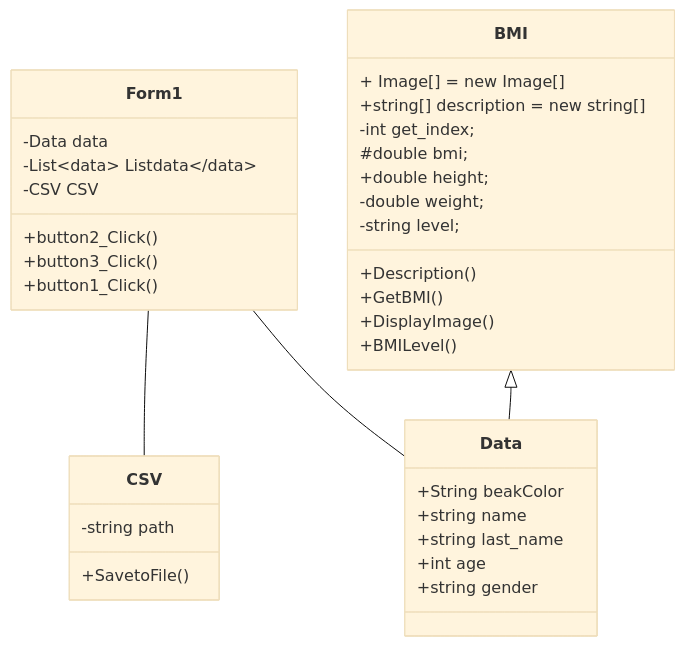
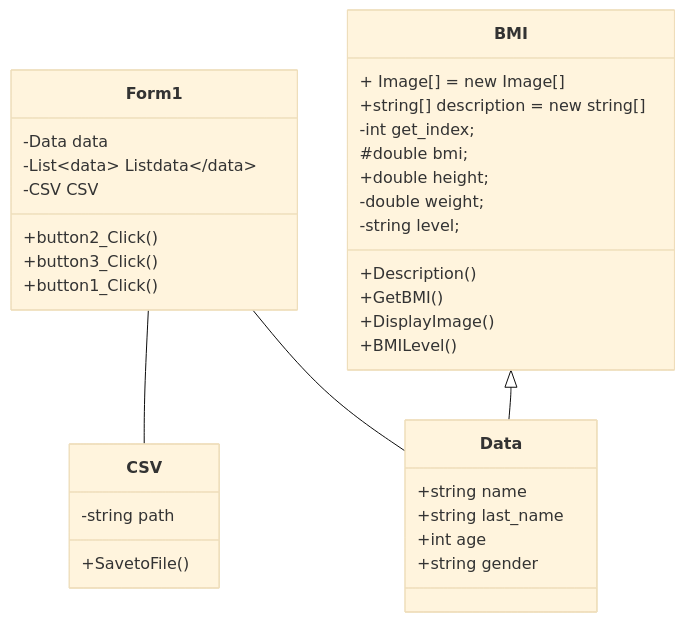
One commit to phop01/Final-Project changed the diagram in README.md. Above: the diagram before and after it, drawn with Mermaid (base theme).

````diff
--- a/README.md
+++ b/README.md
@@ -6,41 +6,40 @@
 ```mermaid
 classDiagram
     Form1 -- CSV
     Form1 -- Data
     BMI <|-- Data
     class Form1{
         -Data data
         -List<Data> Listdata
         -CSV CSV
         +button2_Click()
         +button3_Click()
         +button1_Click()
 
     }
     class Data{
-      +String beakColor
       +string name
       +string last_name
       +int age
       +string gender
     }
     class BMI{
       + Image[] = new Image[]
       +string[] description = new string[]
       -int get_index;
       #double bmi;
       +double height;
       -double weight;
       -string level;
       +Description()
       +GetBMI()
       +DisplayImage()
       +BMILevel()
 
     }
     class CSV{
       -string path
       +SavetoFile()
       
     }
 ``` 
````
